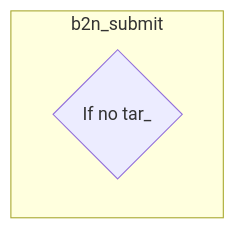
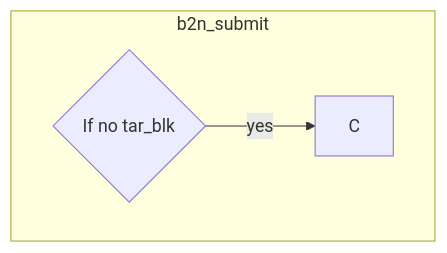
One commit to jenny112646/iodraw-files changed the diagram in all/未命名-2.md. Above: the diagram before and after it, drawn with Mermaid.

Commit message:
2024-06-07 10:48:27 update

````diff
--- a/all/未命名-2.md
+++ b/all/未命名-2.md
@@ -1,6 +1,6 @@
 ```mermaid
 flowchart TD
 subgraph b2n_submit
-    c1{"If no tar_"}
+    c1{"If no tar_blk"} --yes--> C
 end
 ```
````
